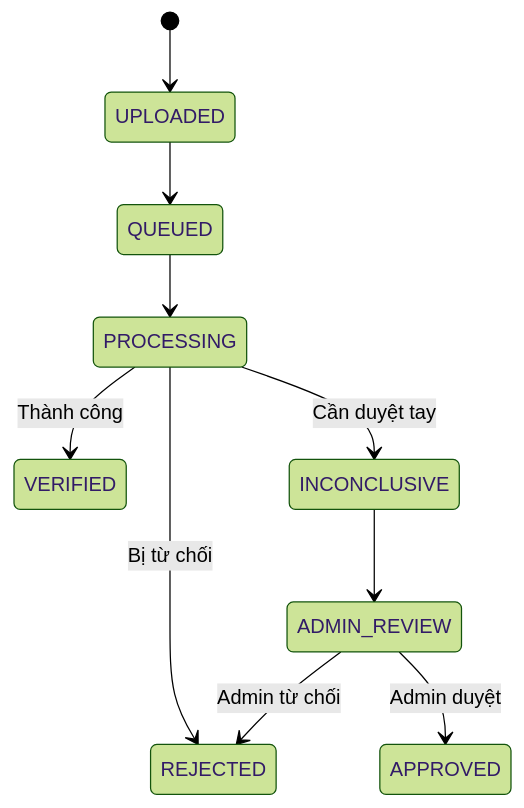
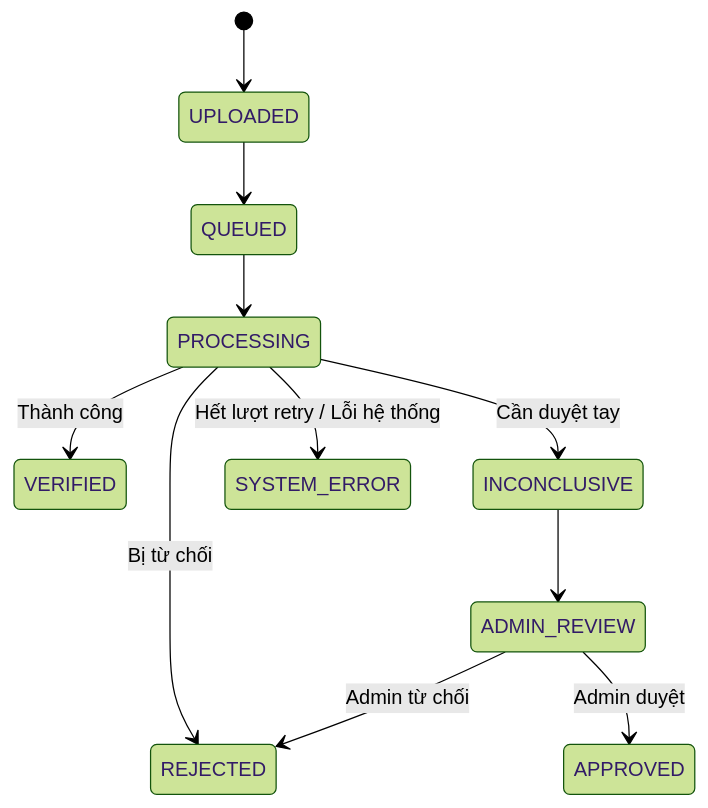
Before and after one commit to le-dat/kivy-homework: the diagram in DESIGN.md, drawn with Mermaid (forest theme). The commit also changed other lines of this file and 10 other files, not shown here.

Commit message:
feat: integrate Prisma ORM with initial database schema and migration scripts

````diff
--- a/DESIGN.md
+++ b/DESIGN.md
@@ -42,12 +42,13 @@
 ```mermaid
 stateDiagram-v2
     [*] --> UPLOADED
     UPLOADED --> QUEUED
     QUEUED --> PROCESSING
     PROCESSING --> VERIFIED : Thành công
     PROCESSING --> REJECTED : Bị từ chối
     PROCESSING --> INCONCLUSIVE : Cần duyệt tay
+    PROCESSING --> SYSTEM_ERROR : Hết lượt retry / Lỗi hệ thống
     INCONCLUSIVE --> ADMIN_REVIEW
     ADMIN_REVIEW --> APPROVED : Admin duyệt
     ADMIN_REVIEW --> REJECTED : Admin từ chối
 ```
````
